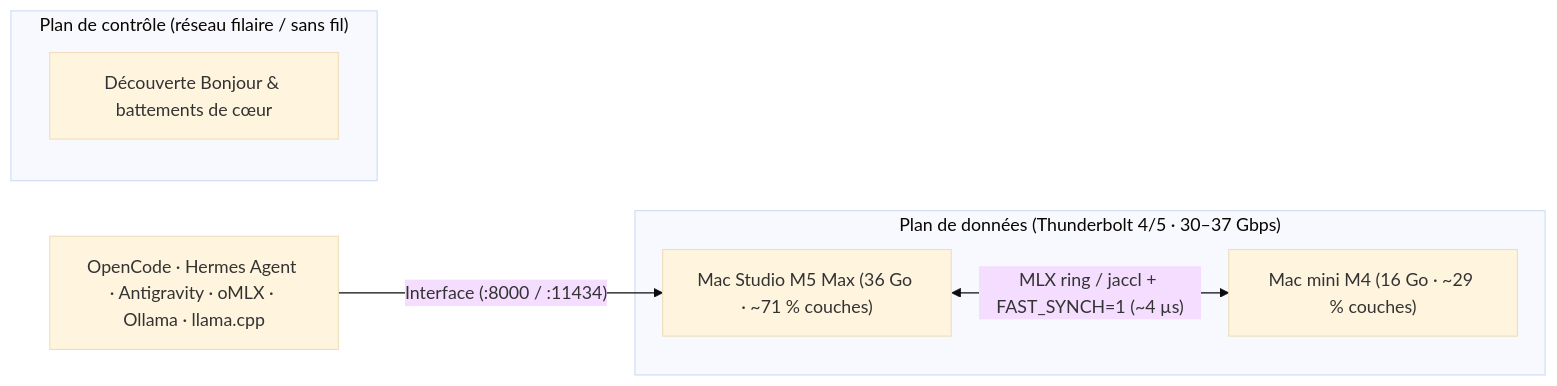
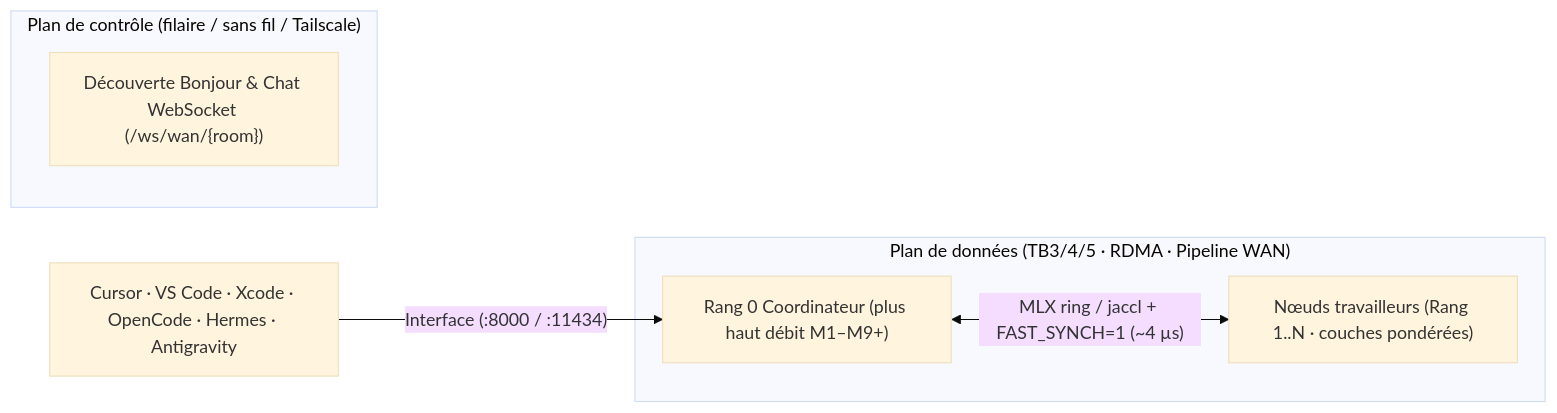
Before and after one commit to SonnerStudio/SonnerStudio-Cluster-Case-Companion: the diagram in README.fr.md, drawn with Mermaid (base theme). The commit also changed other lines of this file and 7 other files, not shown here.

Commit message:
Update all 5 READMEs with Internet Cluster & Chat, Roofline, M1-M9+, and new promotional graphics

````diff
--- a/README.fr.md
+++ b/README.fr.md
@@ -38,10 +55,10 @@
 ```mermaid
 flowchart LR
-  Clients["OpenCode · Hermes Agent · Antigravity · oMLX · Ollama · llama.cpp"] -->|"Interface (:8000 / :11434)"| Studio
-  subgraph Control["Plan de contrôle (réseau filaire / sans fil)"]
-    Discovery["Découverte Bonjour & battements de cœur"]
+  Clients["Cursor · VS Code · Xcode · OpenCode · Hermes · Antigravity"] -->|"Interface (:8000 / :11434)"| Rank0
+  subgraph Control["Plan de contrôle (filaire / sans fil / Tailscale)"]
+    Discovery["Découverte Bonjour & Chat WebSocket (/ws/wan/{room})"]
   end
-  subgraph Data["Plan de données (Thunderbolt 4/5 · 30–37 Gbps)"]
-    Studio["Mac Studio M5 Max (36 Go · ~71 % couches)"] <-->|"MLX ring / jaccl + FAST_SYNCH=1 (~4 µs)"| Mini["Mac mini M4 (16 Go · ~29 % couches)"]
+  subgraph Data["Plan de données (TB3/4/5 · RDMA · Pipeline WAN)"]
+    Rank0["Rang 0 Coordinateur (plus haut débit M1–M9+)"] <-->|"MLX ring / jaccl + FAST_SYNCH=1 (~4 µs)"| Workers["Nœuds travailleurs (Rang 1..N · couches pondérées)"]
   end
 ```
````
